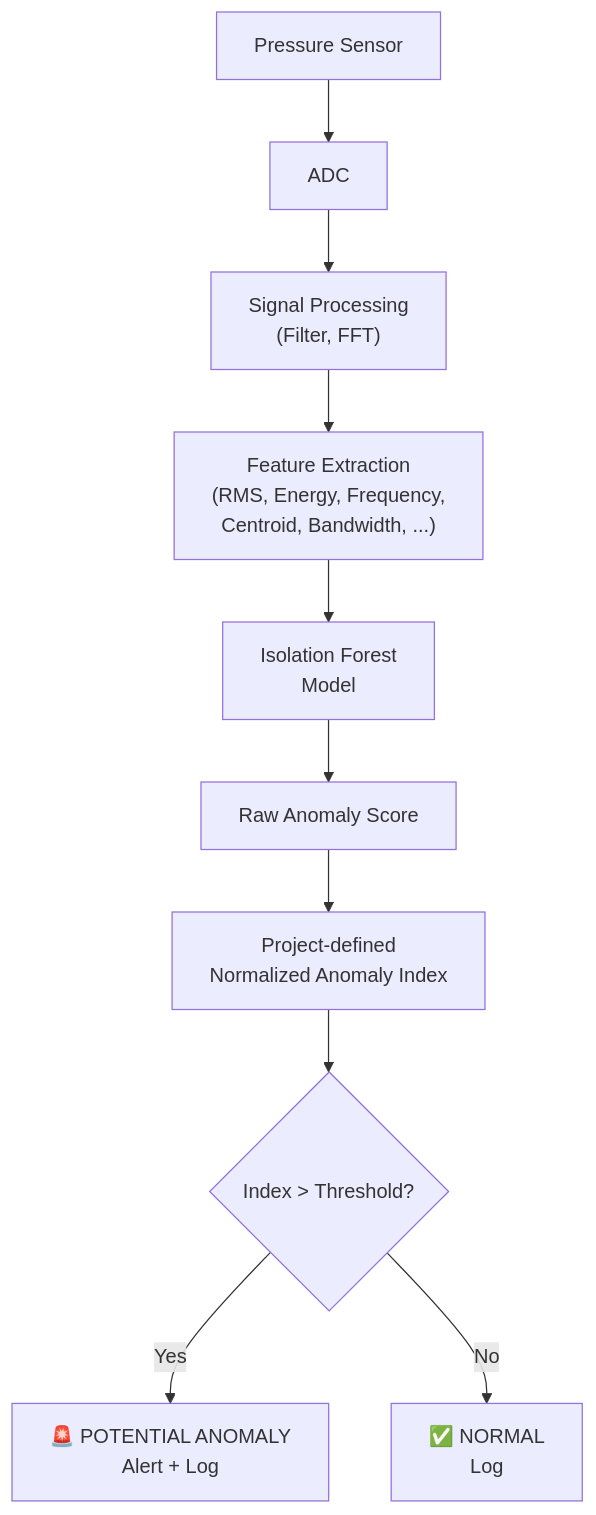
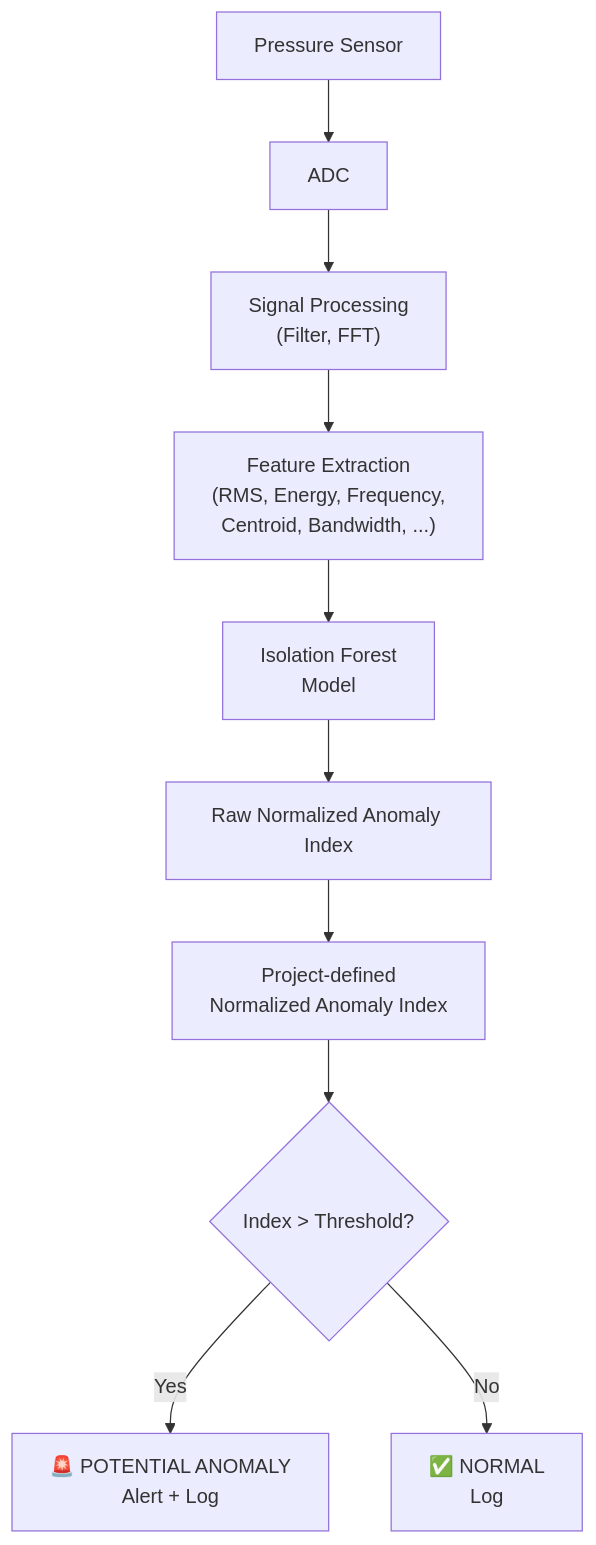
The diagram in 05-ai-ml/anomaly-detection.md (akhilsoigama/infra_socket), drawn with Mermaid before and after one commit. The commit also changed other lines of this file and 43 other files, not shown here.

````diff
--- a/05-ai-ml/anomaly-detection.md
+++ b/05-ai-ml/anomaly-detection.md
@@ -26,12 +26,12 @@
 ```mermaid
 flowchart TD
     SENSOR["Pressure Sensor"] --> ADC["ADC"]
     ADC --> SP["Signal Processing\n(Filter, FFT)"]
     SP --> FE["Feature Extraction\n(RMS, Energy, Frequency,\nCentroid, Bandwidth, ...)"]
     FE --> IF["Isolation Forest\nModel"]
-    IF --> RAWSCORE["Raw Anomaly Score"]
+    IF --> RAWSCORE["Raw Normalized Anomaly Index"]
     RAWSCORE --> NORMSCORE["Project-defined\nNormalized Anomaly Index"]
     NORMSCORE --> THRESH{"Index > Threshold?"}
     THRESH -->|"Yes"| ANOM["🚨 POTENTIAL ANOMALY\nAlert + Log"]
     THRESH -->|"No"| NORM["✅ NORMAL\nLog"]
 ```
````
